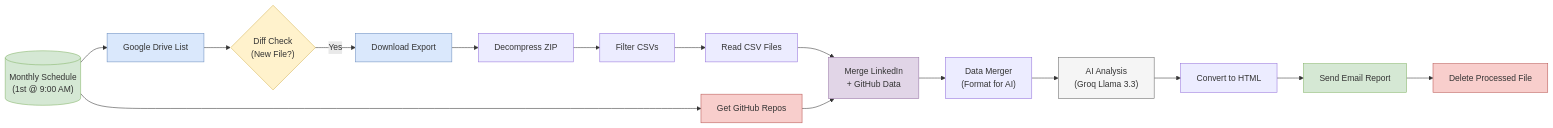
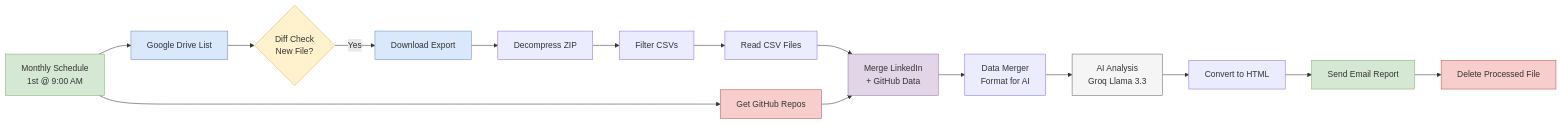
The diagram in README.md (Manojkumarw13/LinkedIn-Intelligence-System), drawn with Mermaid before and after one commit.

Commit message:
Fix Mermaid diagram text visibility

````diff
--- a/README.md
+++ b/README.md
@@ -17,30 +17,35 @@
 ```mermaid
 flowchart LR
-    A[("Monthly Schedule<br/>(1st @ 9:00 AM)")] --> B["Google Drive List"]
+    A["Monthly Schedule
+    1st @ 9:00 AM"] --> B["Google Drive List"]
     A --> C["Get GitHub Repos"]
 
-    B --> D{"Diff Check<br/>(New File?)"}
+    B --> D{"Diff Check
+    New File?"}
     D -->|Yes| E["Download Export"]
     E --> F["Decompress ZIP"]
     F --> G["Filter CSVs"]
     G --> H["Read CSV Files"]
 
-    H --> I["Merge LinkedIn<br/>+ GitHub Data"]
+    H --> I["Merge LinkedIn
+    + GitHub Data"]
     C --> I
 
-    I --> J["Data Merger<br/>(Format for AI)"]
-    J --> K["AI Analysis<br/>(Groq Llama 3.3)"]
+    I --> J["Data Merger
+    Format for AI"]
+    J --> K["AI Analysis
+    Groq Llama 3.3"]
     K --> L["Convert to HTML"]
     L --> M["Send Email Report"]
     M --> N["Delete Processed File"]
 
     style A fill:#d5e8d4,stroke:#82b366
     style B fill:#dae8fc,stroke:#6c8ebf
     style C fill:#f8cecc,stroke:#b85450
     style D fill:#fff2cc,stroke:#d6b656
     style E fill:#dae8fc,stroke:#6c8ebf
     style I fill:#e1d5e7,stroke:#9673a6
     style K fill:#f5f5f5,stroke:#666666
     style M fill:#d5e8d4,stroke:#82b366
     style N fill:#f8cecc,stroke:#b85450
 ```
````
